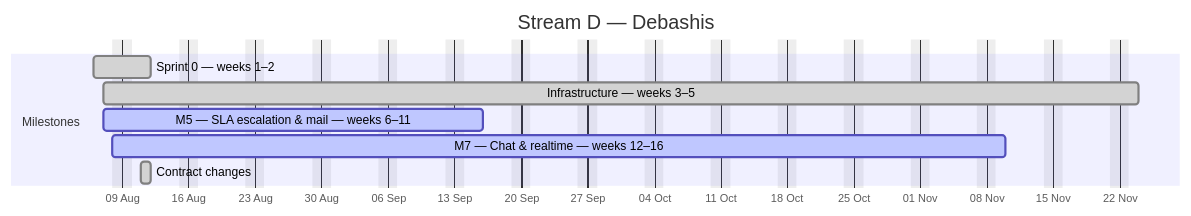
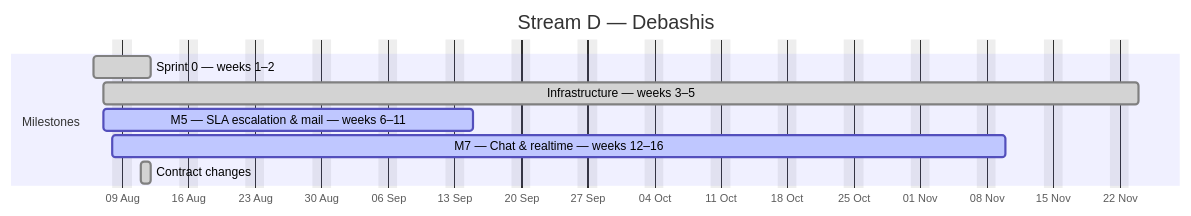
Before and after one commit to debashisedunext/EduTrack: the fourth of 4 diagrams in docs/plan/GANTT.md, drawn with Mermaid. The commit also changed other lines of this file and 3 other files, not shown here.

````diff
--- a/docs/plan/GANTT.md
+++ b/docs/plan/GANTT.md
@@ -173,13 +173,13 @@
 ```mermaid
 gantt
     dateFormat YYYY-MM-DD
     axisFormat %d %b
     title Stream D — Debashis
     excludes weekends
     section Milestones
     Sprint 0 — weeks 1–2 :done, d0, 2026-08-06, 4d
     Infrastructure — weeks 3–5 :done, d1, 2026-08-07, 77d
-    M5 — SLA  escalation & mail — weeks 6–11 :active, d2, 2026-08-07, 28d
+    M5 — SLA  escalation & mail — weeks 6–11 :active, d2, 2026-08-07, 27d
     M7 — Chat & realtime — weeks 12–16 :active, d3, 2026-08-08, 67d
     Contract changes :done, d4, 2026-08-11, 1d
 ```
````
